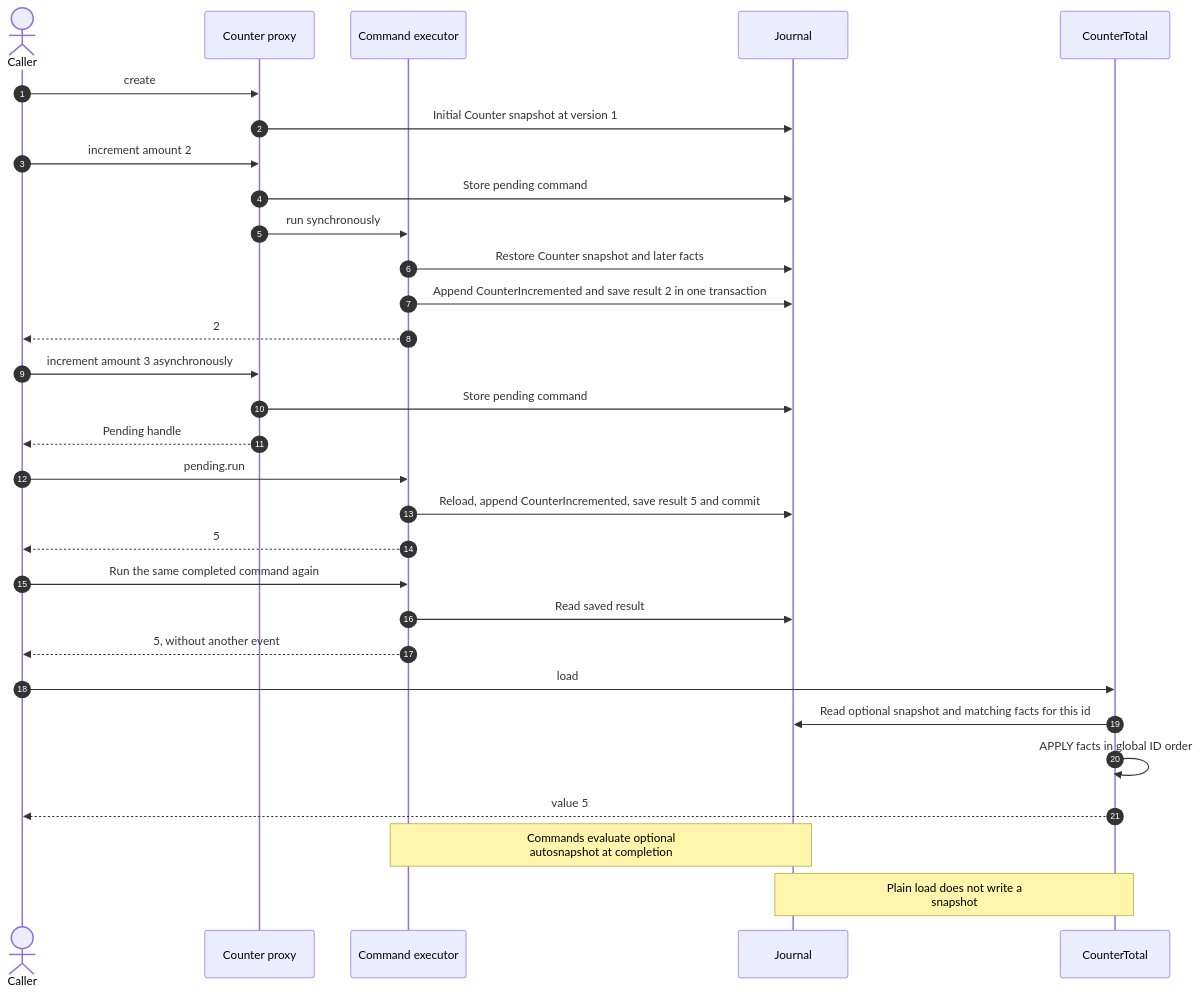
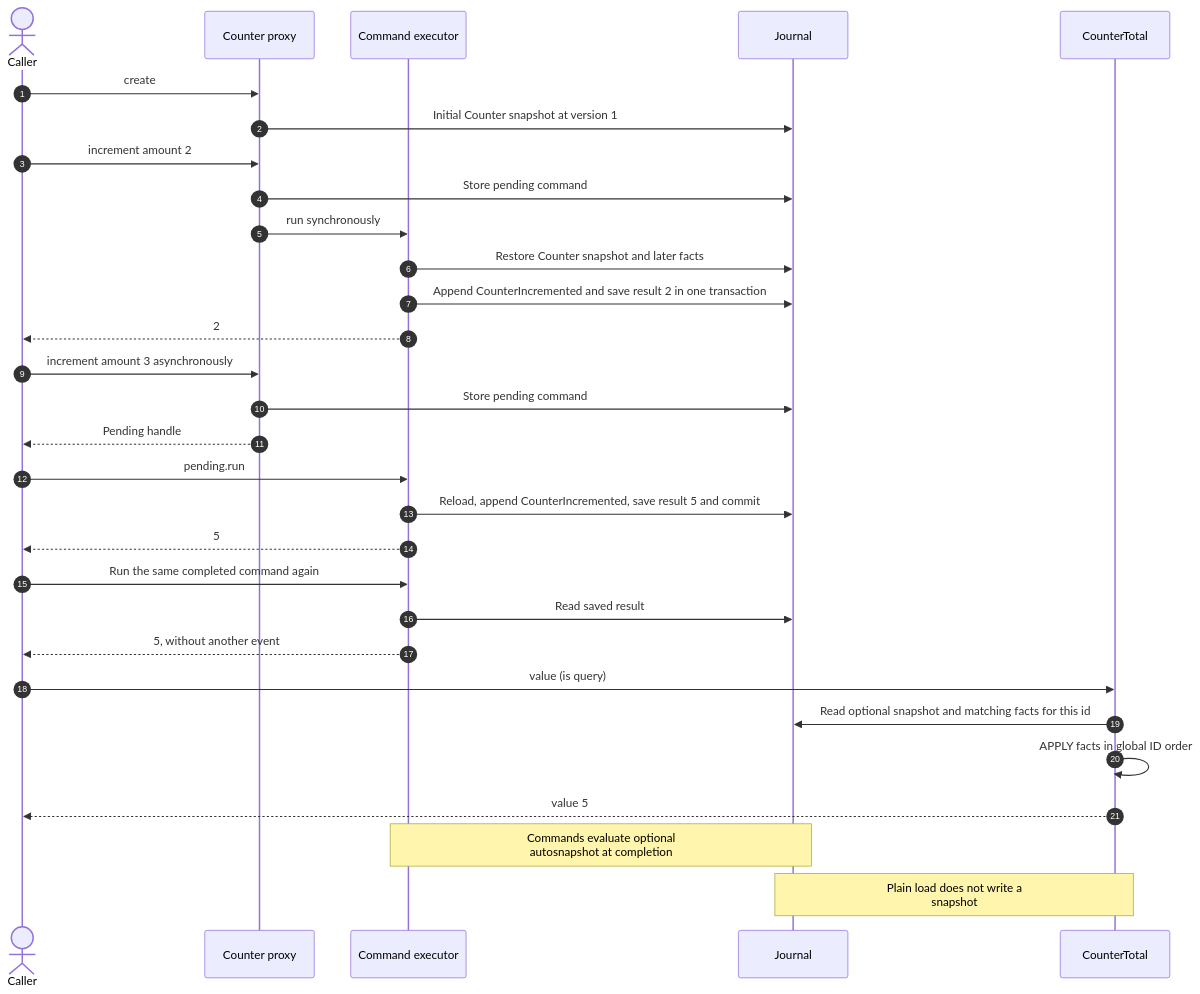
The diagram in examples/counter/README.md (FCO/RedSourcing), drawn with Mermaid before and after one commit. The commit also changed other lines of this file and 69 other files, not shown here.

````diff
--- a/examples/counter/README.md
+++ b/examples/counter/README.md
@@ -27,32 +27,32 @@
 ```mermaid
 sequenceDiagram
     autonumber
     actor Caller
     participant C as Counter proxy
     participant X as Command executor
     participant J as Journal
     participant P as CounterTotal
     Caller->>C: create
     C->>J: Initial Counter snapshot at version 1
     Caller->>C: increment amount 2
     C->>J: Store pending command
     C->>X: run synchronously
     X->>J: Restore Counter snapshot and later facts
     X->>J: Append CounterIncremented and save result 2 in one transaction
     X-->>Caller: 2
     Caller->>C: increment amount 3 asynchronously
     C->>J: Store pending command
     C-->>Caller: Pending handle
     Caller->>X: pending.run
     X->>J: Reload, append CounterIncremented, save result 5 and commit
     X-->>Caller: 5
     Caller->>X: Run the same completed command again
     X->>J: Read saved result
     X-->>Caller: 5, without another event
-    Caller->>P: load
+    Caller->>P: value (is query)
     P->>J: Read optional snapshot and matching facts for this id
     P->>P: APPLY facts in global ID order
     P-->>Caller: value 5
     Note over X,J: Commands evaluate optional<br/>autosnapshot at completion
     Note over P,J: Plain load does not write a<br/>snapshot
 ```
````
